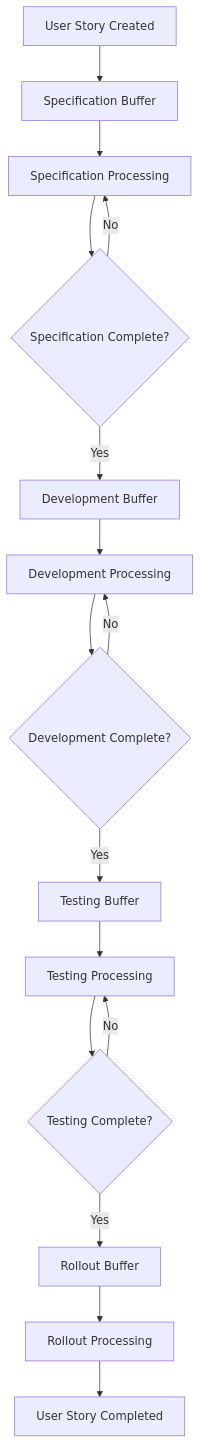
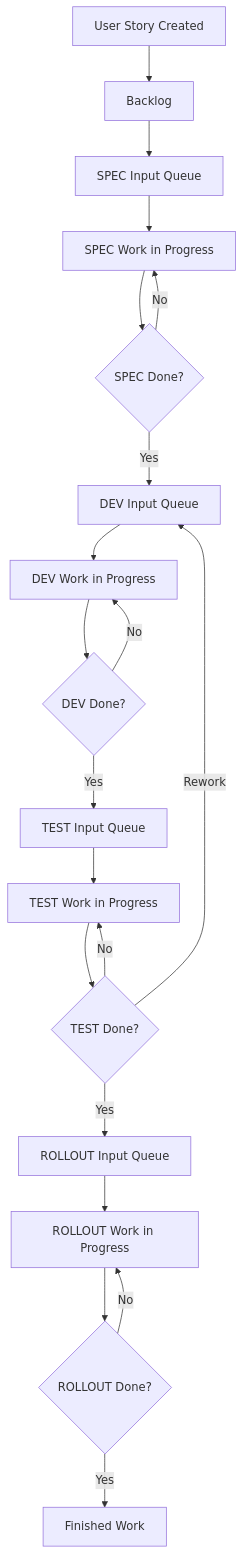
The second of 2 diagrams in README.md (rreben/DevCycleSim), drawn with Mermaid before and after one commit. The commit also changed other lines of this file, not shown here.

````diff
--- a/README.md
+++ b/README.md
@@ -377,39 +404,26 @@
 ```mermaid
 flowchart TD
-    A[User Story Created]
+    A[User Story Created] --> B[Backlog]
     
-    B[Specification Buffer]
-    C[Specification Processing]
-    D{Specification Complete?}
+    B --> C[SPEC Input Queue]
+    C --> D[SPEC Work in Progress]
+    D --> E{SPEC Done?}
+    E -- No --> D
+    E -- Yes --> F[DEV Input Queue]
     
-    E[Development Buffer]
-    F[Development Processing]
-    G{Development Complete?}
+    F --> G[DEV Work in Progress]
+    G --> H{DEV Done?}
+    H -- No --> G
+    H -- Yes --> I[TEST Input Queue]
     
-    H[Testing Buffer]
-    I[Testing Processing]
-    J{Testing Complete?}
+    I --> J[TEST Work in Progress]
+    J --> K{TEST Done?}
+    K -- No --> J
+    K -- Rework --> F
+    K -- Yes --> L[ROLLOUT Input Queue]
     
-    K[Rollout Buffer]
-    L[Rollout Processing]
-    M[User Story Completed]
-    
-    A --> B
-    B --> C
-    C --> D
-    D -- Yes --> E
-    D -- No --> C
-    
-    E --> F
-    F --> G
-    G -- Yes --> H
-    G -- No --> F
-    
-    H --> I
-    I --> J
-    J -- Yes --> K
-    J -- No --> I
-    
-    K --> L
-    L --> M
+    L --> M[ROLLOUT Work in Progress]
+    M --> N{ROLLOUT Done?}
+    N -- No --> M
+    N -- Yes --> O[Finished Work]
 ```
````
